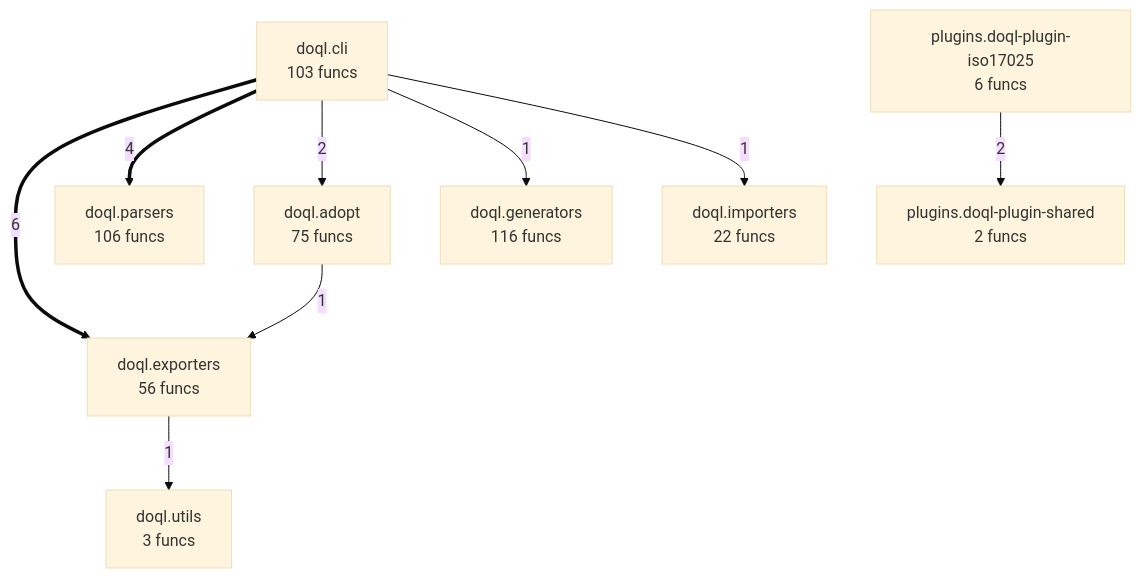
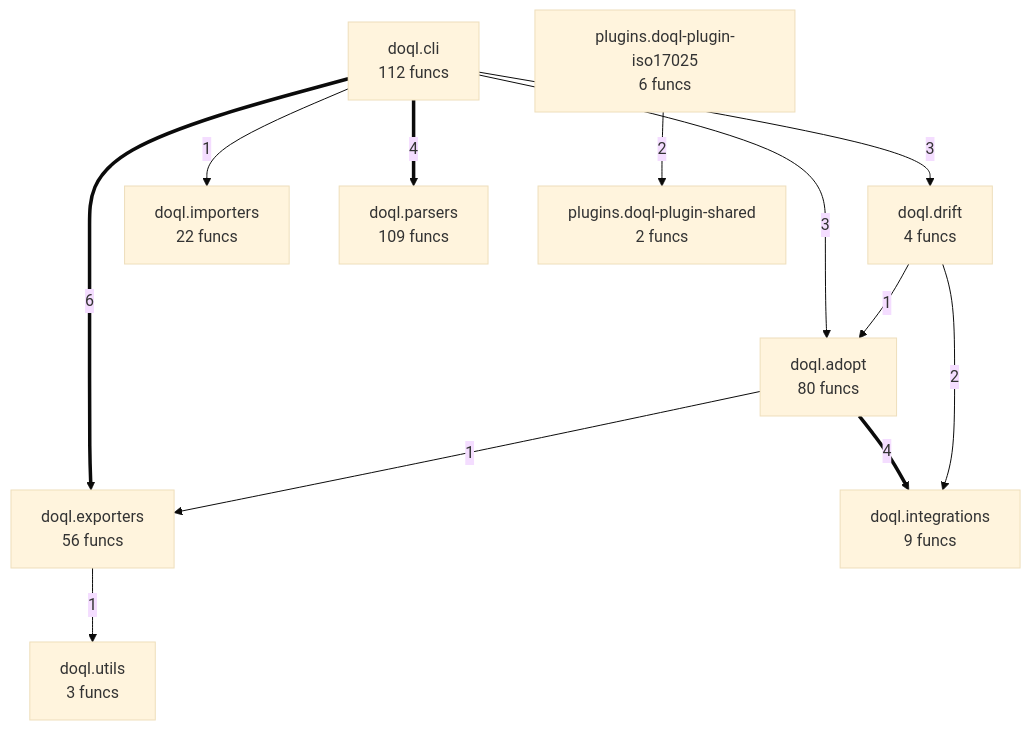
One commit to oqlos/doql changed the diagram in project/compact_flow.mmd. Above: the diagram before and after it, drawn with Mermaid (base theme). The commit also changed 52 other files, not shown here.

```diff
--- a/project/compact_flow.mmd
+++ b/project/compact_flow.mmd
@@ -1,18 +1,22 @@
 flowchart TD
-    doql__adopt["doql.adopt<br/>75 funcs"]
-    doql__cli["doql.cli<br/>103 funcs"]
+    doql__adopt["doql.adopt<br/>80 funcs"]
+    doql__cli["doql.cli<br/>112 funcs"]
+    doql__drift["doql.drift<br/>4 funcs"]
     doql__exporters["doql.exporters<br/>56 funcs"]
-    doql__generators["doql.generators<br/>116 funcs"]
     doql__importers["doql.importers<br/>22 funcs"]
-    doql__parsers["doql.parsers<br/>106 funcs"]
+    doql__integrations["doql.integrations<br/>9 funcs"]
+    doql__parsers["doql.parsers<br/>109 funcs"]
     doql__utils["doql.utils<br/>3 funcs"]
     plugins__doql_plugin_iso17025["plugins.doql-plugin-iso17025<br/>6 funcs"]
     plugins__doql_plugin_shared["plugins.doql-plugin-shared<br/>2 funcs"]
     doql__cli ==>|6| doql__exporters
     doql__cli ==>|4| doql__parsers
+    doql__adopt ==>|4| doql__integrations
+    doql__cli -->|3| doql__adopt
+    doql__cli -->|3| doql__drift
+    doql__drift -->|2| doql__integrations
     plugins__doql_plugin_iso17025 -->|2| plugins__doql_plugin_shared
-    doql__cli -->|2| doql__adopt
-    doql__cli -->|1| doql__generators
+    doql__drift -->|1| doql__adopt
     doql__cli -->|1| doql__importers
     doql__exporters -->|1| doql__utils
     doql__adopt -->|1| doql__exporters
```
